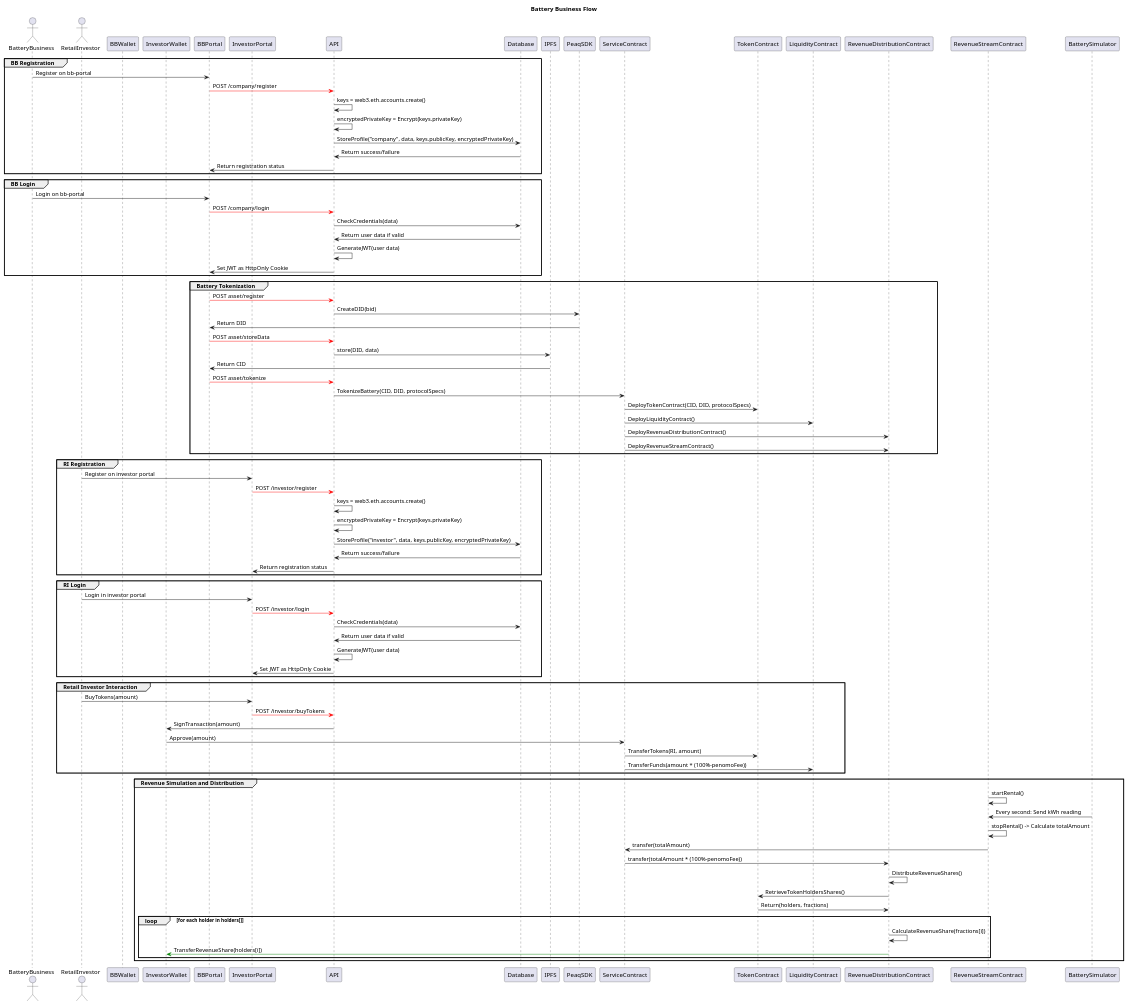
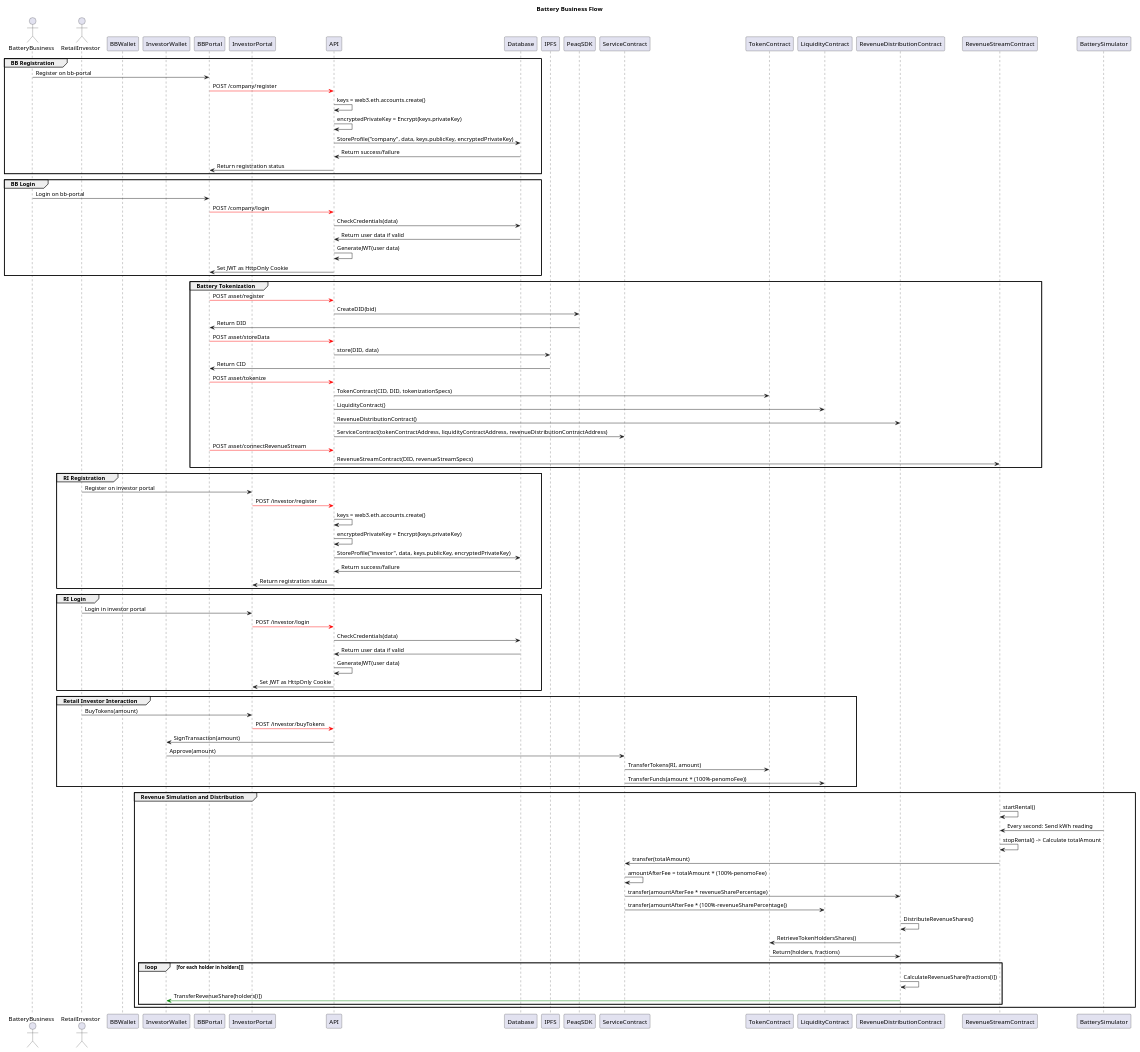
Before and after one commit to penomoprotocol/tokenization-MVP: the diagram in architecture/demo_sequence_combined.puml, drawn with PlantUML. The commit also changed 3 other files, not shown here.

First line of the commit message:
refined revenue distribution logic

```diff
--- a/architecture/demo_sequence_combined.puml
+++ b/architecture/demo_sequence_combined.puml
@@ -1,110 +1,112 @@
 @startuml
 title Battery Business Flow
 
 actor BatteryBusiness as BB
 actor RetailInvestor as RI
 
 participant BBWallet as BBW
 participant InvestorWallet as IW
 
 participant BBPortal as BBP
 participant InvestorPortal as IP
 
 participant API as API
 
 participant Database as DB
 participant IPFS as IPFS
 participant PeaqSDK as PS
 
 participant ServiceContract as SC
 participant TokenContract as TC
 participant LiquidityContract as LC
 participant RevenueDistributionContract as RDC
 participant RevenueStreamContract as RSC
 
 participant BatterySimulator as BS
 
 ' Battery Business Registration
 group BB Registration
     BB -> BBP: Register on bb-portal
     BBP -[#red]> API: POST /company/register
     API -> API: keys = web3.eth.accounts.create()
     API -> API: encryptedPrivateKey = Encrypt(keys.privateKey)
     API -> DB: StoreProfile("company", data, keys.publicKey, encryptedPrivateKey)
     DB -> API: Return success/failure
     API -> BBP: Return registration status
 end
 
 group BB Login
     BB -> BBP: Login on bb-portal
     BBP -[#red]> API: POST /company/login
     API -> DB: CheckCredentials(data)
     DB -> API: Return user data if valid
     API -> API: GenerateJWT(user data)
     API -> BBP: Set JWT as HttpOnly Cookie
 end
 
 ' Battery Tokenization
 group Battery Tokenization
     BBP -[#red]> API: POST asset/register
     API -> PS: CreateDID(bid)
     PS -> BBP: Return DID
     BBP -[#red]> API: POST asset/storeData
     API -> IPFS: store(DID, data)
     IPFS -> BBP: Return CID
     BBP -[#red]> API: POST asset/tokenize
-    API -> SC: TokenizeBattery(CID, DID, protocolSpecs)
-    SC -> TC: DeployTokenContract(CID, DID, protocolSpecs)
-    SC -> LC: DeployLiquidityContract()
-    SC -> RDC: DeployRevenueDistributionContract()
-    SC -> RDC: DeployRevenueStreamContract()
+    API -> TC: TokenContract(CID, DID, tokenizationSpecs)
+    API -> LC: LiquidityContract()
+    API -> RDC: RevenueDistributionContract()
+    API -> SC: ServiceContract(tokenContractAddress, liquidityContractAddress, revenueDistributionContractAddress)
+    BBP -[#red]> API: POST asset/connectRevenueStream
+    API -> RSC: RevenueStreamContract(DID, revenueStreamSpecs)
 end
 
 ' Retail Investor Registration and Login
 group RI Registration
     RI -> IP: Register on investor portal
     IP -[#red]> API: POST /investor/register
     API -> API: keys = web3.eth.accounts.create()
     API -> API: encryptedPrivateKey = Encrypt(keys.privateKey)
     API -> DB: StoreProfile("investor", data, keys.publicKey, encryptedPrivateKey)
     DB -> API: Return success/failure
     API -> IP: Return registration status
 end
 
 group RI Login
     RI -> IP: Login in investor portal
     IP -[#red]> API: POST /investor/login
     API -> DB: CheckCredentials(data)
     DB -> API: Return user data if valid
     API -> API: GenerateJWT(user data)
     API -> IP: Set JWT as HttpOnly Cookie
 end
 
 ' Retail Investor Token Purchase
 group Retail Investor Interaction
     RI -> IP: BuyTokens(amount)
     IP -[#red]> API: POST /investor/buyTokens
     API -> IW: SignTransaction(amount)
     IW -> SC: Approve(amount)
     SC -> TC: TransferTokens(RI, amount)
     SC -> LC: TransferFunds(amount * (100%-penomoFee))
 end
 
-
 ' Revenue Simulation and Distribution
 group Revenue Simulation and Distribution
     RSC -> RSC: startRental()
     BS -> RSC: Every second: Send kWh reading
     RSC -> RSC: stopRental() -> Calculate totalAmount
     RSC -> SC: transfer(totalAmount)
-    SC -> RDC: transfer(totalAmount * (100%-penomoFee))
+    SC -> SC: amountAfterFee = totalAmount * (100%-penomoFee)
+    SC -> RDC: transfer(amountAfterFee * revenueSharePercentage)
+    SC -> LC: transfer(amountAfterFee * (100%-revenueSharePercentage))
     RDC -> RDC:  DistributeRevenueShares()
     RDC -> TC: RetrieveTokenHoldersShares()
     TC -> RDC: Return(holders, fractions)
     loop for each holder in holders[]
         RDC -> RDC: CalculateRevenueShare(fractions[i])
         RDC -[#green]> IW: TransferRevenueShare(holders[i])
     end
 end
 
 @enduml
```
